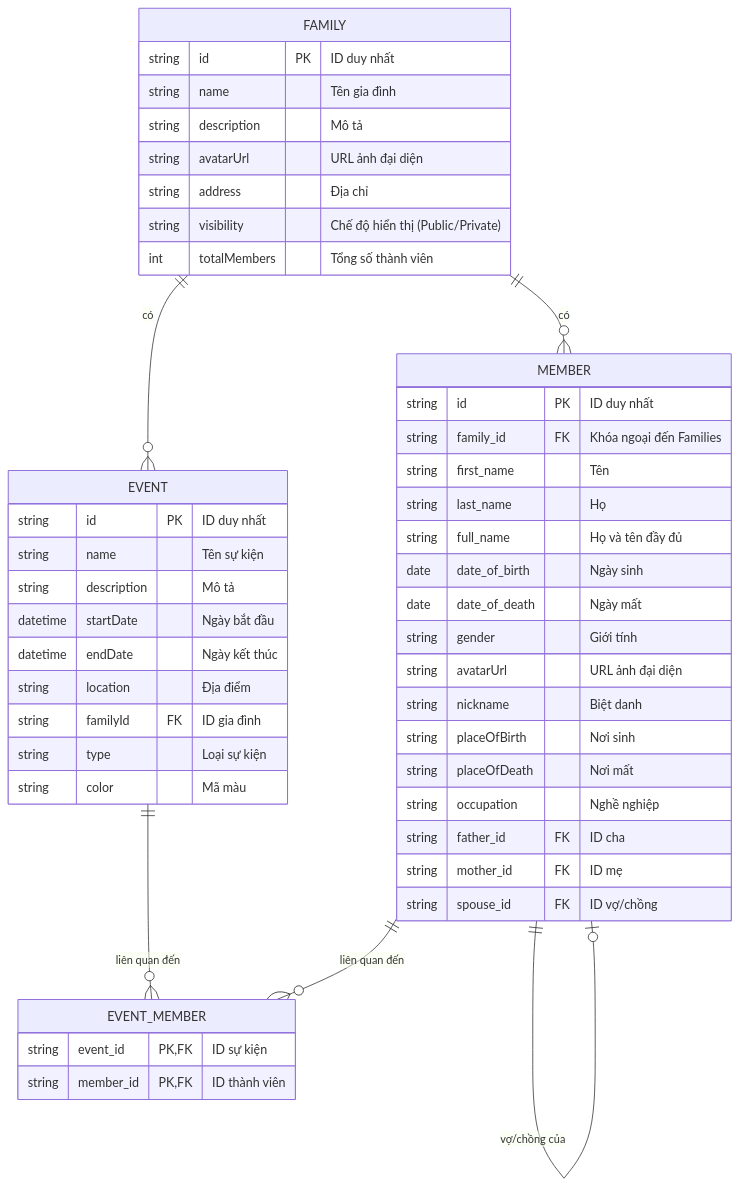
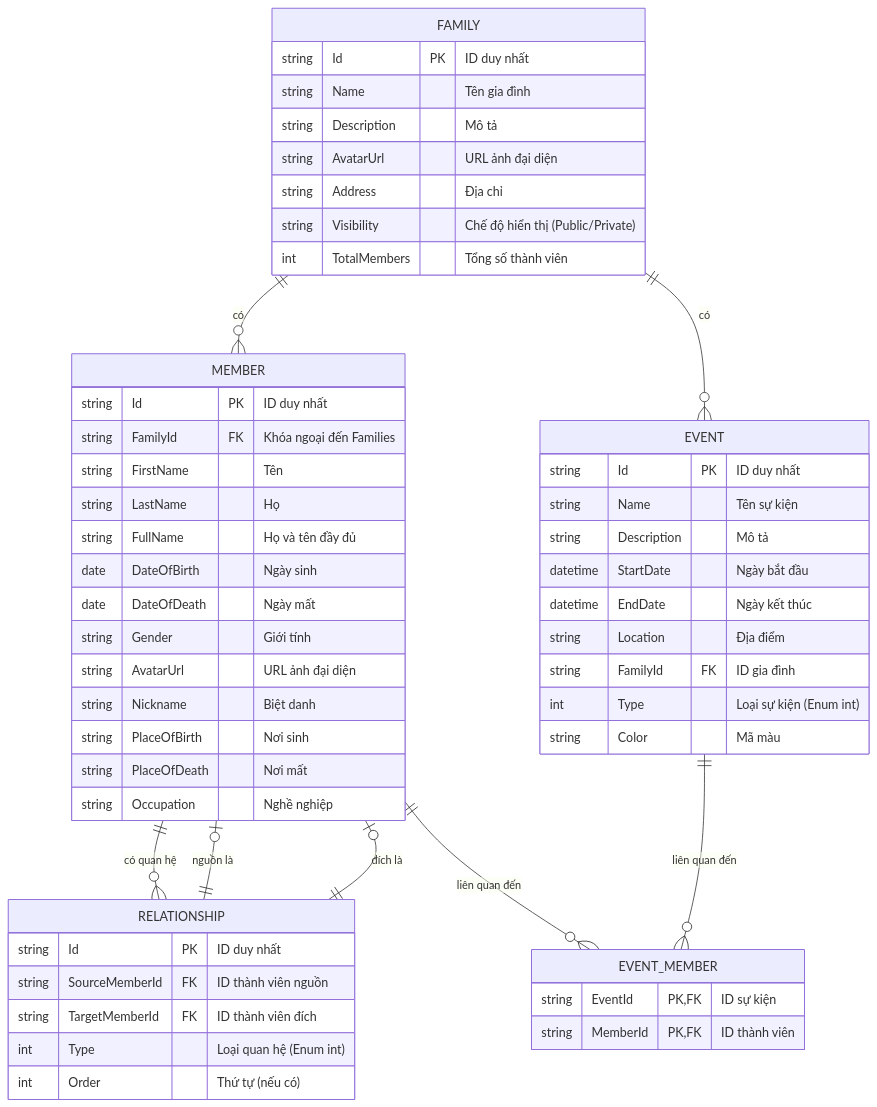
The diagram in docs/engineering/data-model.md (hkthao/family-tree-3), drawn with Mermaid before and after one commit. The commit also changed other lines of this file and 9 other files, not shown here.

````diff
--- a/docs/engineering/data-model.md
+++ b/docs/engineering/data-model.md
@@ -25,56 +25,61 @@
 ```mermaid
 erDiagram
     FAMILY {
-        string id PK "ID duy nhất"
-        string name "Tên gia đình"
-        string description "Mô tả"
-        string avatarUrl "URL ảnh đại diện"
-        string address "Địa chỉ"
-        string visibility "Chế độ hiển thị (Public/Private)"
-        int totalMembers "Tổng số thành viên"
+        string Id PK "ID duy nhất"
+        string Name "Tên gia đình"
+        string Description "Mô tả"
+        string AvatarUrl "URL ảnh đại diện"
+        string Address "Địa chỉ"
+        string Visibility "Chế độ hiển thị (Public/Private)"
+        int TotalMembers "Tổng số thành viên"
     }
 
     MEMBER {
-        string id PK "ID duy nhất"
-        string family_id FK "Khóa ngoại đến Families"
-        string first_name "Tên"
-        string last_name "Họ"
-        string full_name "Họ và tên đầy đủ"
-        date date_of_birth "Ngày sinh"
-        date date_of_death "Ngày mất"
-        string gender "Giới tính"
-        string avatarUrl "URL ảnh đại diện"
-        string nickname "Biệt danh"
-        string placeOfBirth "Nơi sinh"
-        string placeOfDeath "Nơi mất"
-        string occupation "Nghề nghiệp"
-        string father_id FK "ID cha"
-        string mother_id FK "ID mẹ"
-        string spouse_id FK "ID vợ/chồng"
+        string Id PK "ID duy nhất"
+        string FamilyId FK "Khóa ngoại đến Families"
+        string FirstName "Tên"
+        string LastName "Họ"
+        string FullName "Họ và tên đầy đủ"
+        date DateOfBirth "Ngày sinh"
+        date DateOfDeath "Ngày mất"
+        string Gender "Giới tính"
+        string AvatarUrl "URL ảnh đại diện"
+        string Nickname "Biệt danh"
+        string PlaceOfBirth "Nơi sinh"
+        string PlaceOfDeath "Nơi mất"
+        string Occupation "Nghề nghiệp"
     }
 
     EVENT {
-        string id PK "ID duy nhất"
-        string name "Tên sự kiện"
-        string description "Mô tả"
-        datetime startDate "Ngày bắt đầu"
-        datetime endDate "Ngày kết thúc"
-        string location "Địa điểm"
-        string familyId FK "ID gia đình"
-        string type "Loại sự kiện"
-        string color "Mã màu"
+        string Id PK "ID duy nhất"
+        string Name "Tên sự kiện"
+        string Description "Mô tả"
+        datetime StartDate "Ngày bắt đầu"
+        datetime EndDate "Ngày kết thúc"
+        string Location "Địa điểm"
+        string FamilyId FK "ID gia đình"
+        int Type "Loại sự kiện (Enum int)"
+        string Color "Mã màu"
+    }
+
+    RELATIONSHIP {
+        string Id PK "ID duy nhất"
+        string SourceMemberId FK "ID thành viên nguồn"
+        string TargetMemberId FK "ID thành viên đích"
+        int Type "Loại quan hệ (Enum int)"
+        int Order "Thứ tự (nếu có)"
     }
 
     EVENT_MEMBER {
-        string event_id PK,FK "ID sự kiện"
-        string member_id PK,FK "ID thành viên"
+        string EventId PK,FK "ID sự kiện"
+        string MemberId PK,FK "ID thành viên"
     }
 
     FAMILY ||--o{ MEMBER : "có"
-    MEMBER ||--o| MEMBER : "cha của"
-    MEMBER ||--o| MEMBER : "mẹ của"
-    MEMBER ||--o| MEMBER : "vợ/chồng của"
     FAMILY ||--o{ EVENT : "có"
+    MEMBER ||--o{ RELATIONSHIP : "có quan hệ"
+    MEMBER ||--o{ EVENT_MEMBER : "liên quan đến"
     EVENT ||--o{ EVENT_MEMBER : "liên quan đến"
-    MEMBER ||--o{ EVENT_MEMBER : "liên quan đến"
+    RELATIONSHIP ||--o| MEMBER : "nguồn là"
+    RELATIONSHIP ||--o| MEMBER : "đích là"
 ```
````
